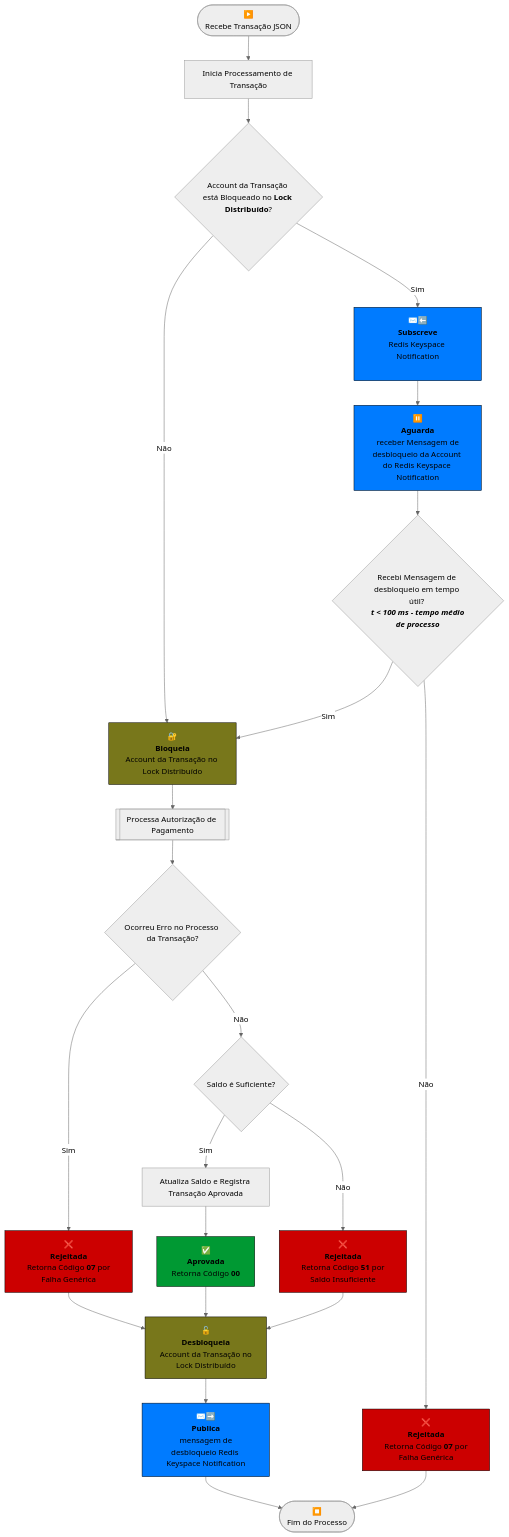
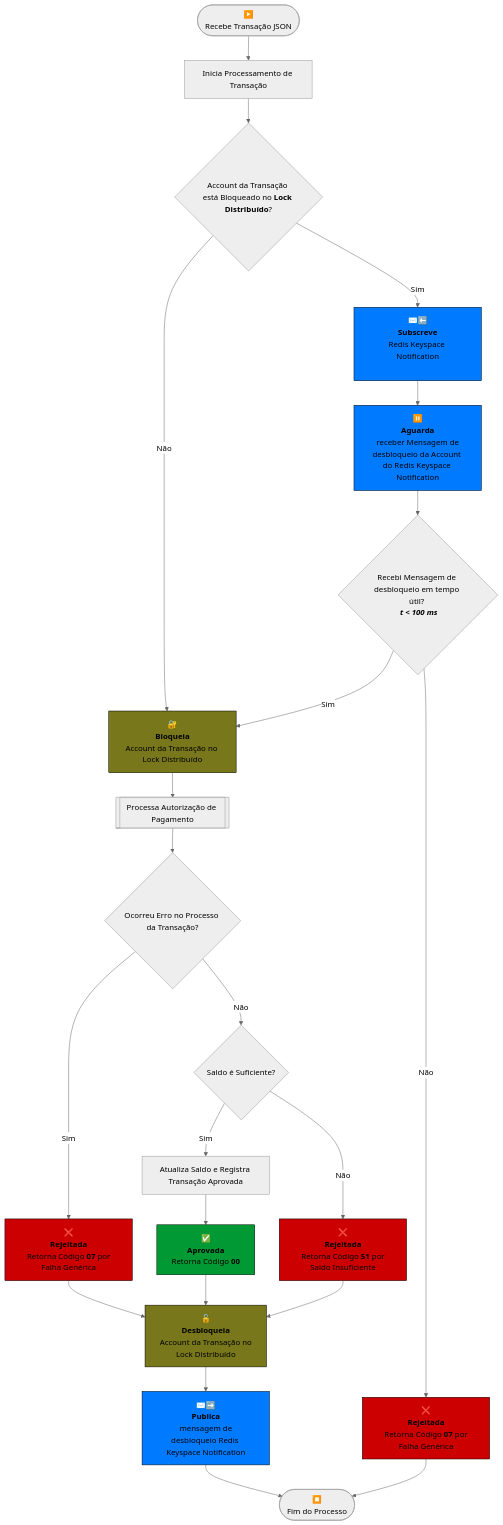
One commit to marciovmartins/jtonynet-go-payments-api changed the third of 3 diagrams in README.md. Above: the diagram before and after it, drawn with Mermaid (neutral theme). The commit also changed other lines of this file and 13 other files, not shown here.

````diff
--- a/README.md
+++ b/README.md
@@ -626,43 +628,43 @@
 ```mermaid
 flowchart TD
     A([▶️<br/>Recebe Transação JSON]) --> B[Inicia Processamento de Transação]
     B --> C{Account da Transação está Bloqueado no <b>Lock Distribuído</b>?}
     
     C -- Não --> D[🔐<br/><b>Bloqueia</b><br/>Account da Transação no Lock Distribuído]
     D  --> E[[Processa Autorização de Pagamento]]
 
     C -- Sim --> M[✉️⬅️<br/><b>Subscreve</b><br/>Redis Keyspace Notification<br/><br/> ]
     M --> R[⏸️<br/><b>Aguarda</b><br> receber Mensagem de desbloqueio da Account do Redis Keyspace Notification]
-    R --> N{Recebi Mensagem de desbloqueio em tempo útil? <br/> <b><i>t<i> < 100 ms - tempo médio de processo</b>}
+    R --> N{Recebi Mensagem de desbloqueio em tempo útil? <br/> <b><i>t<i> < 100 ms</b>}
     N -- Sim --> D
     N -- Não --> O[❌<br/><b>Rejeitada</b><br/> Retorna Código <b>07</b> por Falha Genérica</b>]
 
     E --> F{Ocorreu Erro no Processo da Transação?}
     F -- Não --> G{Saldo é Suficiente?}
     F -- Sim --> K[❌<br/><b>Rejeitada</b><br/> Retorna Código <b>07</b> por Falha Genérica</b>]
     K --> J
     
     G -- Sim --> H[Atualiza Saldo e Registra Transação Aprovada]
     H --> I[✅<br/><b>Aprovada</b><br/> Retorna Código <b>00</b>]
     I --> J[🔓<br/><b>Desbloqueia</b><br/> Account da Transação no <br> Lock Distribuído]
 
     G -- Não --> L[❌<br/><b>Rejeitada</b><br/> Retorna Código <b>51</b> por Saldo Insuficiente</b>]
     L --> J
 
     J --> P[✉️➡️<br/><b>Publica</b><br/> mensagem de desbloqueio Redis Keyspace Notification]
     P --> Q([⏹️<br/>Fim do Processo])
     O --> Q
 
     style D fill:#78771b,stroke:#000
     style I fill:#009933,stroke:#000
 
     style L fill:#cc0000,stroke:#000
     style K fill:#cc0000,stroke:#000
     style O fill:#cc0000,stroke:#000
 
     style M fill:#007bff,stroke:#000
     style R fill:#007bff,stroke:#000
 
     style J fill:#78771b,stroke:#000
     style P fill:#007bff,stroke:#000
 ```
````
